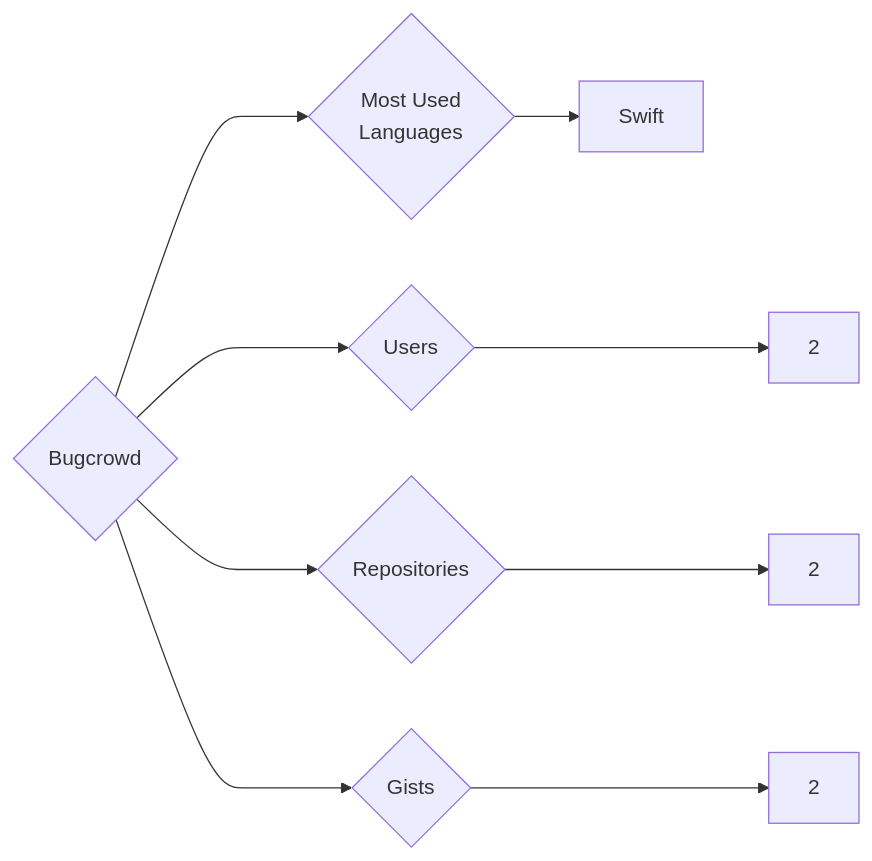
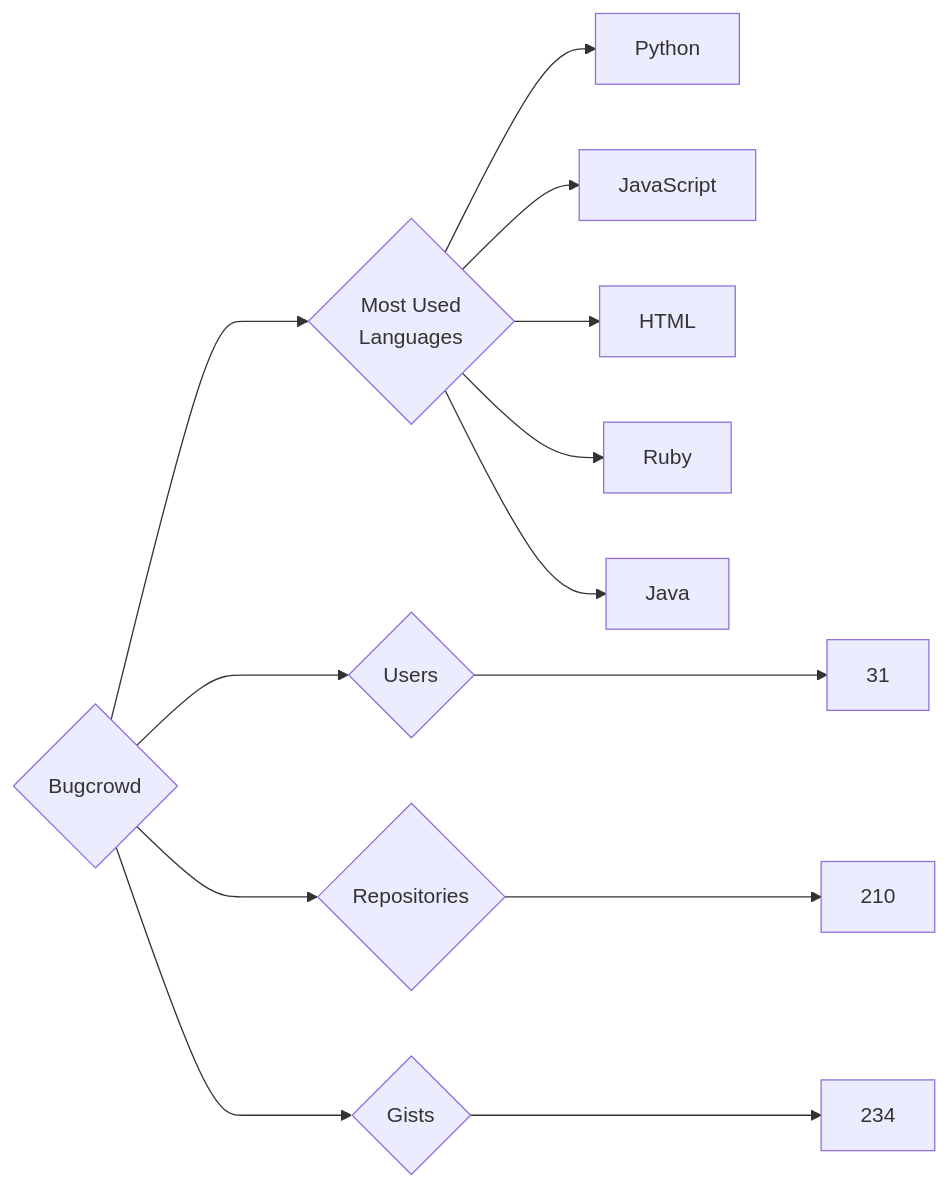
The diagram in targets/Bugcrowd/README.md (trickest/insiders), drawn with Mermaid before and after one commit. The commit also changed 861 other files, not shown here.

````diff
--- a/targets/Bugcrowd/README.md
+++ b/targets/Bugcrowd/README.md
@@ -3,9 +3,13 @@
 ```mermaid
 graph LR
 COMPANY_NAME{Bugcrowd}
-COMPANY_NAME ---> U{Users} ---> UN[2]
-COMPANY_NAME ---> R{Repositories} ---> RN[2]
-COMPANY_NAME ---> G{Gists} ---> GN[2]
+COMPANY_NAME ---> U{Users} ---> UN[31]
+COMPANY_NAME ---> R{Repositories} ---> RN[210]
+COMPANY_NAME ---> G{Gists} ---> GN[234]
 COMPANY_NAME ---> ML{Most Used<br>Languages}
-ML --> Swift[Swift]
+ML --> Python[Python]
+ML --> JavaScript[JavaScript]
+ML --> HTML[HTML]
+ML --> Ruby[Ruby]
+ML --> Java[Java]
 ```
````
